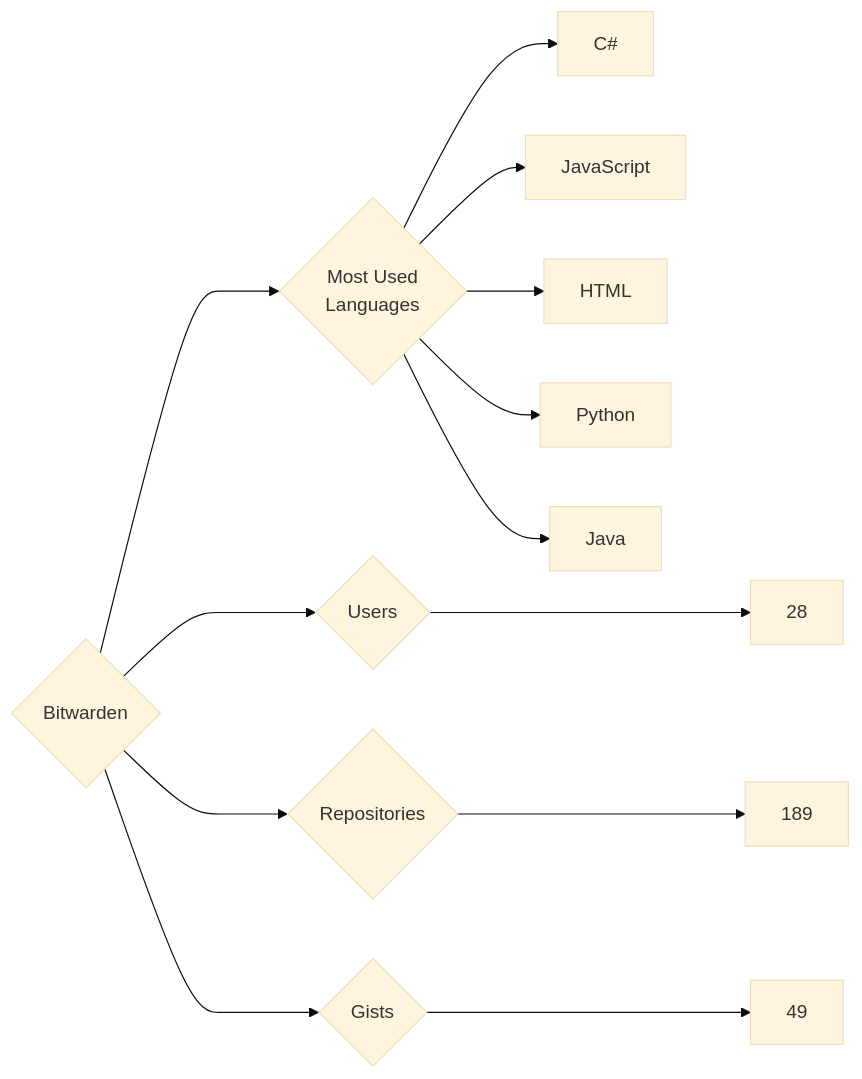
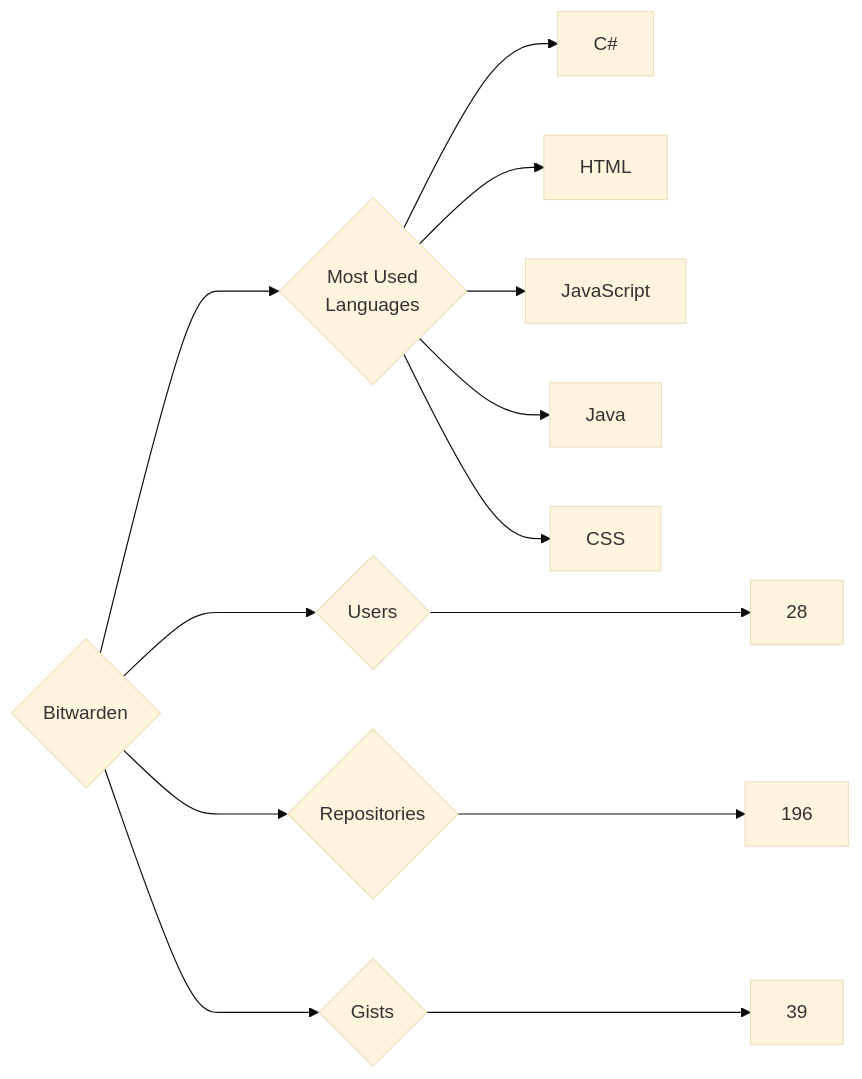
The diagram in targets/Bitwarden/README.md (trickest/insiders), drawn with Mermaid (base theme) before and after one commit. The commit also changed 900 other files, not shown here.

````diff
--- a/targets/Bitwarden/README.md
+++ b/targets/Bitwarden/README.md
@@ -3,13 +3,13 @@
 ```mermaid
 graph LR
 COMPANY_NAME{Bitwarden}
 COMPANY_NAME ---> U{Users} ---> UN[28]
-COMPANY_NAME ---> R{Repositories} ---> RN[189]
-COMPANY_NAME ---> G{Gists} ---> GN[49]
+COMPANY_NAME ---> R{Repositories} ---> RN[196]
+COMPANY_NAME ---> G{Gists} ---> GN[39]
 COMPANY_NAME ---> ML{Most Used<br>Languages}
 ML --> C#[C#]
+ML --> HTML[HTML]
 ML --> JavaScript[JavaScript]
-ML --> HTML[HTML]
-ML --> Python[Python]
 ML --> Java[Java]
+ML --> CSS[CSS]
 ```
````
